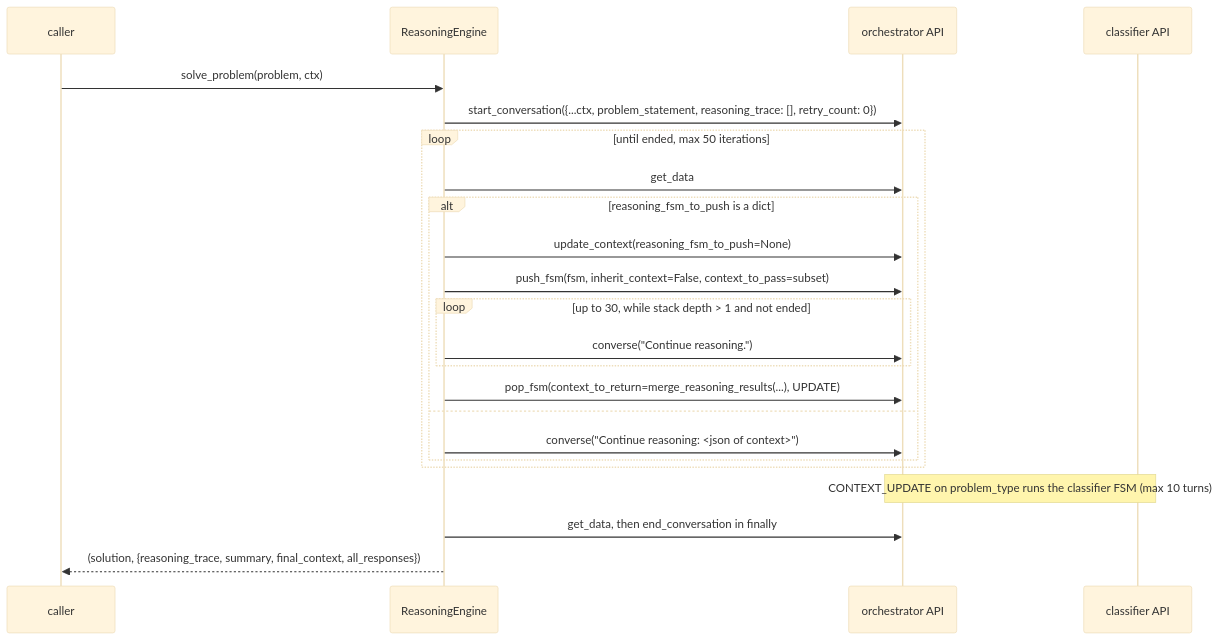
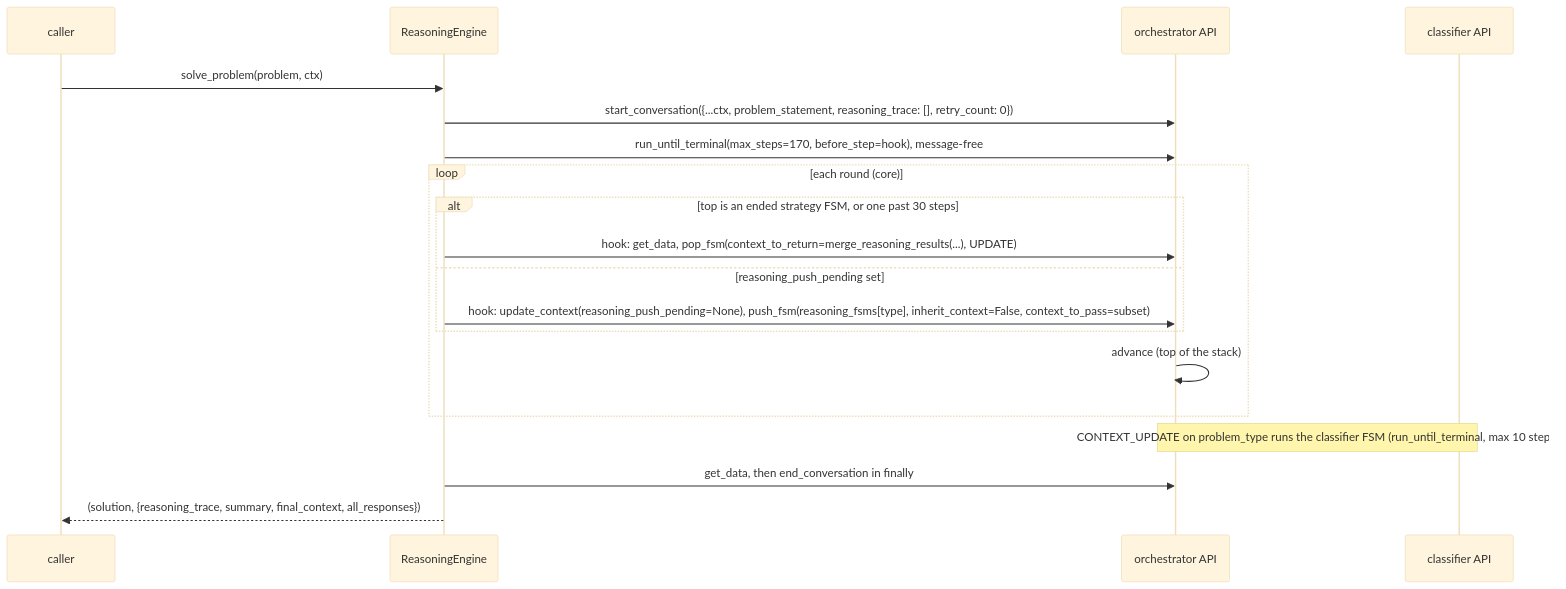
The diagram in src/fsm_llm/reasoning/CLAUDE.md (NikolasMarkou/fsm_llm), drawn with Mermaid (base theme) before and after one commit. The commit also changed other lines of this file and 8 other files, not shown here.

Commit message:
[plan-2026-10-01-944e2692/iter-1/step-23] refactor(reasoning): engine on run_until_terminal with push by type and no synthetic messages

````diff
--- a/src/fsm_llm/reasoning/CLAUDE.md
+++ b/src/fsm_llm/reasoning/CLAUDE.md
@@ -14,25 +14,21 @@
 ```mermaid
 sequenceDiagram
     participant C as caller
     participant E as ReasoningEngine
     participant O as orchestrator API
     participant K as classifier API
     C->>E: solve_problem(problem, ctx)
     E->>O: start_conversation({...ctx, problem_statement, reasoning_trace: [], retry_count: 0})
-    loop until ended, max 50 iterations
-        E->>O: get_data
-        alt reasoning_fsm_to_push is a dict
-            E->>O: update_context(reasoning_fsm_to_push=None)
-            E->>O: push_fsm(fsm, inherit_context=False, context_to_pass=subset)
-            loop up to 30, while stack depth > 1 and not ended
-                E->>O: converse("Continue reasoning.")
-            end
-            E->>O: pop_fsm(context_to_return=merge_reasoning_results(...), UPDATE)
-        else
-            E->>O: converse("Continue reasoning: <json of context>")
+    E->>O: run_until_terminal(max_steps=170, before_step=hook), message-free
+    loop each round (core)
+        alt top is an ended strategy FSM, or one past 30 steps
+            E->>O: hook: get_data, pop_fsm(context_to_return=merge_reasoning_results(...), UPDATE)
+        else reasoning_push_pending set
+            E->>O: hook: update_context(reasoning_push_pending=None), push_fsm(reasoning_fsms[type], inherit_context=False, context_to_pass=subset)
         end
+        O->>O: advance (top of the stack)
     end
-    Note over O,K: CONTEXT_UPDATE on problem_type runs the classifier FSM (max 10 turns)
+    Note over O,K: CONTEXT_UPDATE on problem_type runs the classifier FSM (run_until_terminal, max 10 steps)
     E->>O: get_data, then end_conversation in finally
     E-->>C: (solution, {reasoning_trace, summary, final_context, all_responses})
 ```
````
